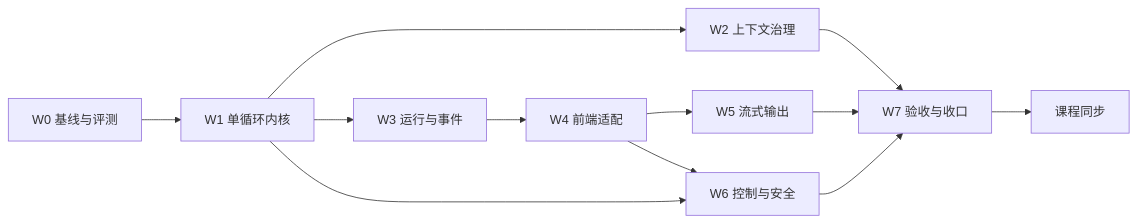
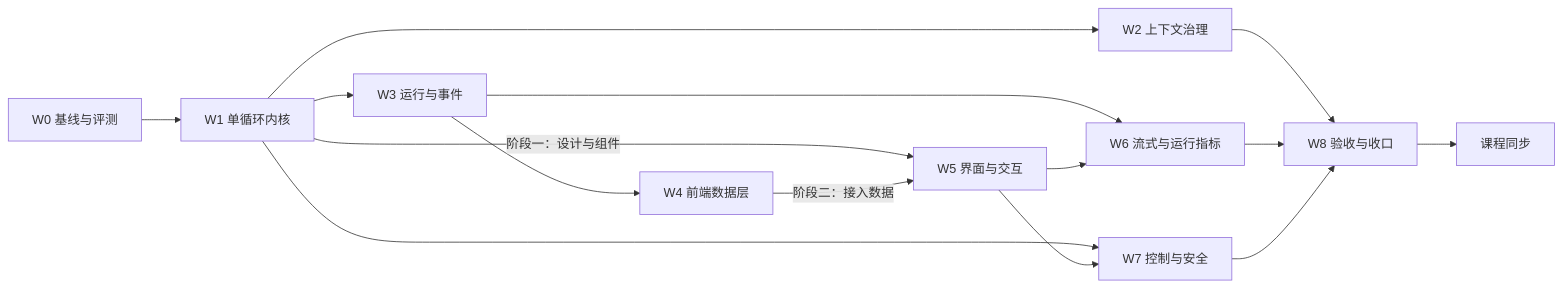
One commit to xinqingaa/ray_agent changed the diagram in docs/plan/README.md. Above: the diagram before and after it, drawn with Mermaid. The commit also changed other lines of this file and 17 other files, not shown here.

````diff
--- a/docs/plan/README.md
+++ b/docs/plan/README.md
@@ -44,14 +56,17 @@
 ```mermaid
 flowchart LR
   W0[W0 基线与评测] --> W1[W1 单循环内核]
   W1 --> W2[W2 上下文治理]
   W1 --> W3[W3 运行与事件]
-  W3 --> W4[W4 前端适配]
-  W4 --> W5[W5 流式输出]
-  W1 --> W6[W6 控制与安全]
-  W4 --> W6
-  W2 --> W7[W7 验收与收口]
+  W3 --> W4[W4 前端数据层]
+  W1 -- 阶段一：设计与组件 --> W5[W5 界面与交互]
+  W4 -- 阶段二：接入数据 --> W5
+  W3 --> W6[W6 流式与运行指标]
+  W5 --> W6
+  W1 --> W7[W7 控制与安全]
   W5 --> W7
-  W6 --> W7
-  W7 --> L[课程同步]
+  W2 --> W8[W8 验收与收口]
+  W6 --> W8
+  W7 --> W8
+  W8 --> L[课程同步]
 ```
````
